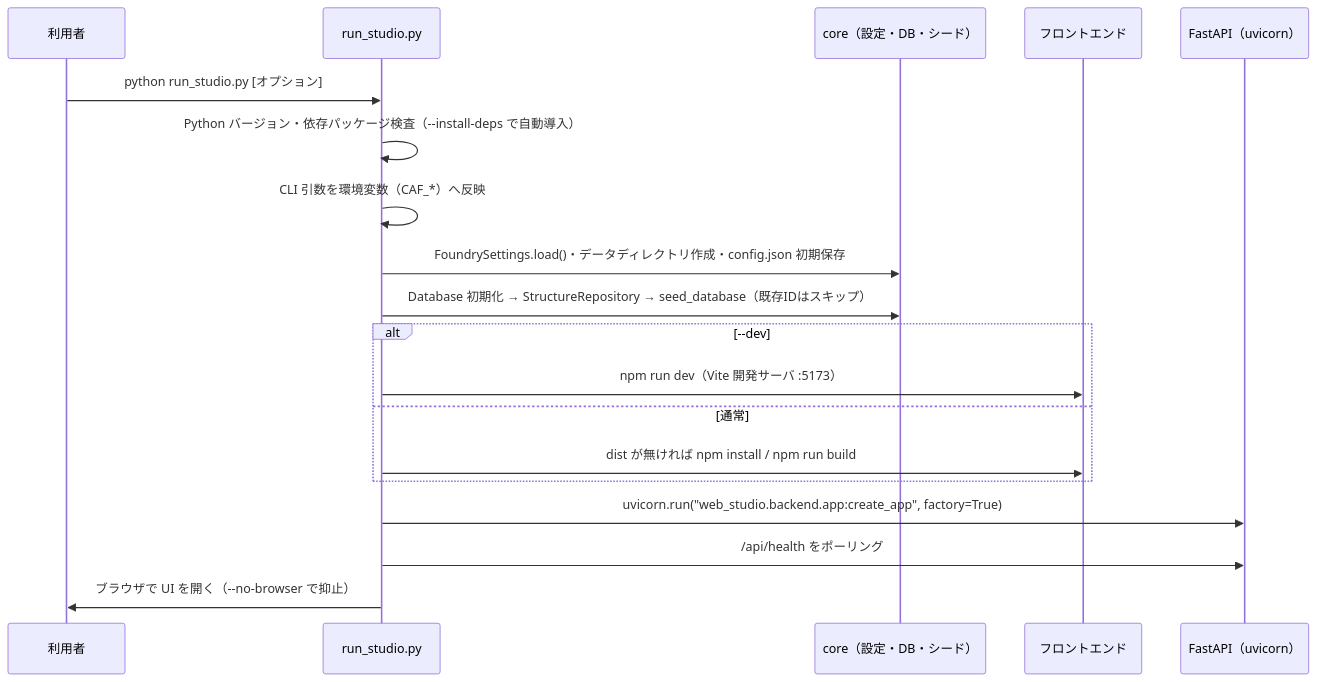
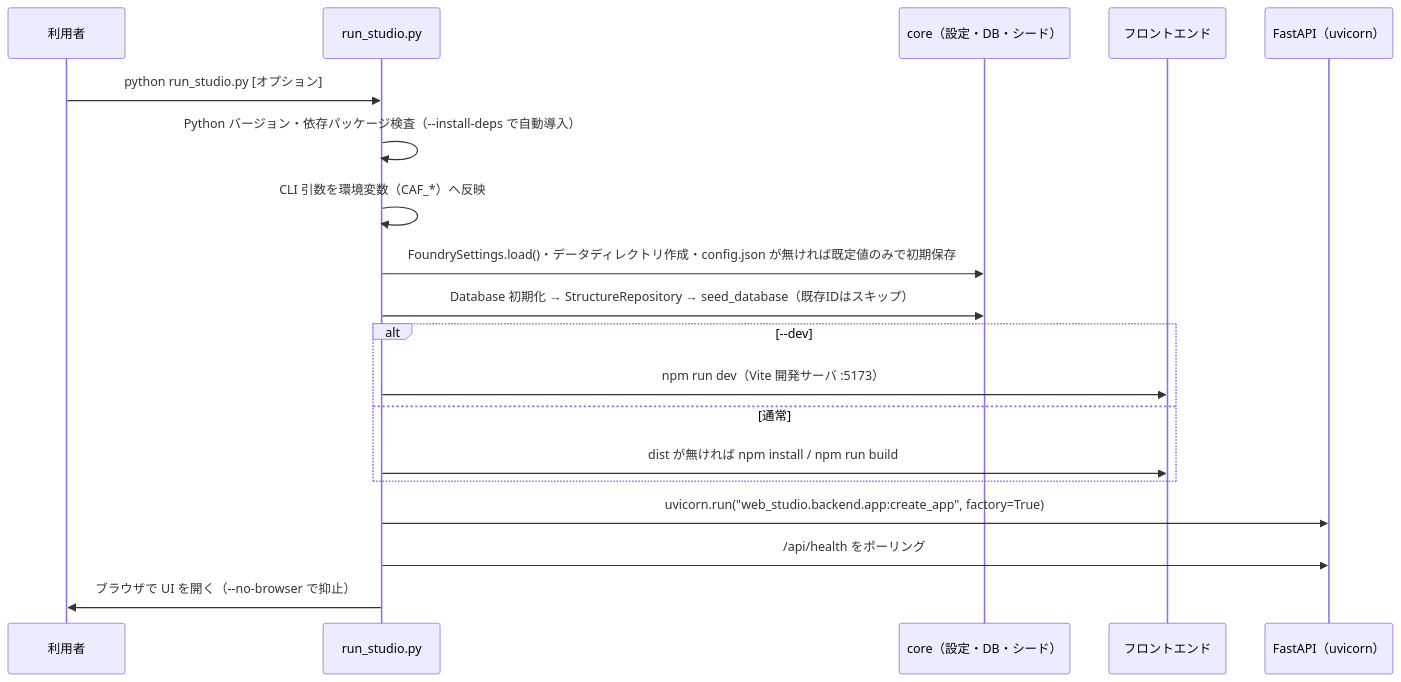
The first of 6 diagrams in docs/MASTER_GUIDE.md (aruto1123-prog/creative-asset-foundry), drawn with Mermaid before and after one commit. The commit also changed other lines of this file and 2 other files, not shown here.

````diff
--- a/docs/MASTER_GUIDE.md
+++ b/docs/MASTER_GUIDE.md
@@ -75,21 +75,21 @@
 ```mermaid
 sequenceDiagram
     participant U as 利用者
     participant R as run_studio.py
     participant C as core（設定・DB・シード）
     participant F as フロントエンド
     participant B as FastAPI（uvicorn）
     U->>R: python run_studio.py [オプション]
     R->>R: Python バージョン・依存パッケージ検査（--install-deps で自動導入）
     R->>R: CLI 引数を環境変数（CAF_*）へ反映
-    R->>C: FoundrySettings.load()・データディレクトリ作成・config.json 初期保存
+    R->>C: FoundrySettings.load()・データディレクトリ作成・config.json が無ければ既定値のみで初期保存
     R->>C: Database 初期化 → StructureRepository → seed_database（既存IDはスキップ）
     alt --dev
         R->>F: npm run dev（Vite 開発サーバ :5173）
     else 通常
         R->>F: dist が無ければ npm install / npm run build
     end
     R->>B: uvicorn.run("web_studio.backend.app:create_app", factory=True)
     R->>B: /api/health をポーリング
     R->>U: ブラウザで UI を開く（--no-browser で抑止）
 ```
````
